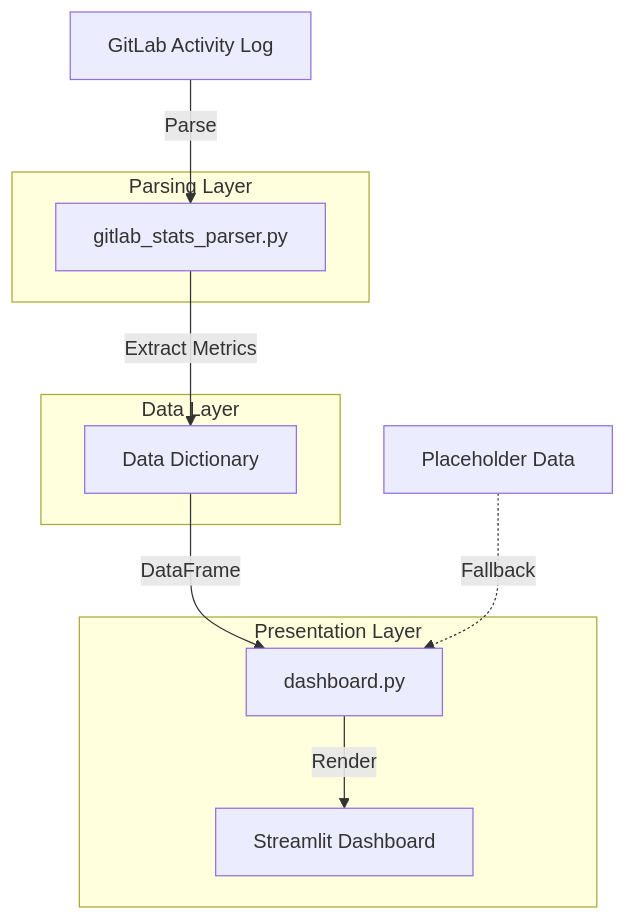
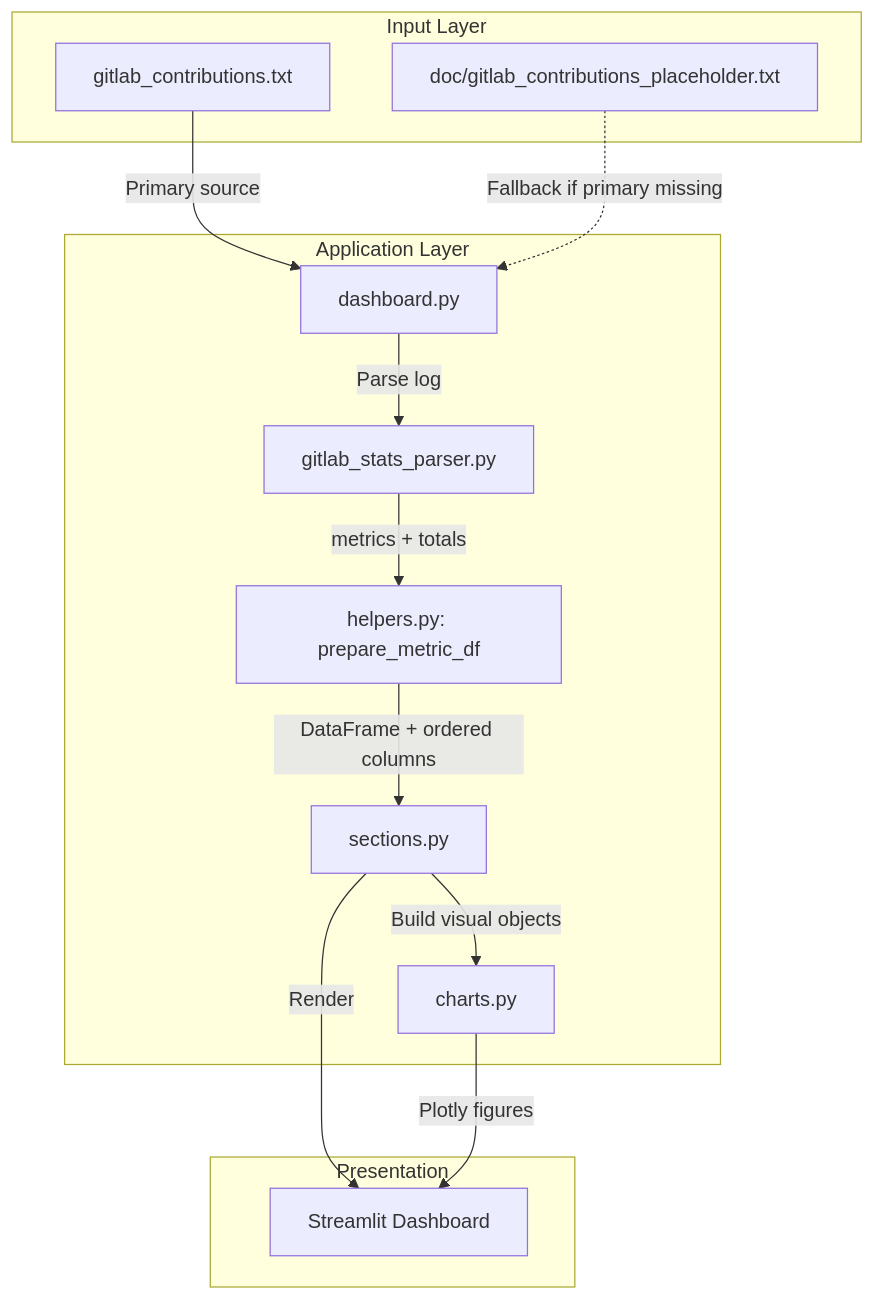
One commit to charlielang02/gitlab_stats changed the diagram in README.md. Above: the diagram before and after it, drawn with Mermaid. The commit also changed other lines of this file, not shown here.

Commit message:
docs: README updates

````diff
--- a/README.md
+++ b/README.md
@@ -55,21 +55,37 @@
 ```mermaid
 graph TB
-    A[GitLab Activity Log] -->|Parse| B[gitlab_stats_parser.py]
-    B -->|Extract Metrics| C[Data Dictionary]
-    C -->|DataFrame| D[dashboard.py]
-    D -->|Render| E[Streamlit Dashboard]
-    F[Placeholder Data] -.->|Fallback| D
+   B[gitlab_contributions.txt]
+   C[doc/gitlab_contributions_placeholder.txt]
+   D[dashboard.py]
+   E[gitlab_stats_parser.py]
+   F[helpers.py: prepare_metric_df]
+   G[sections.py]
+   H[charts.py]
+   I[Streamlit Dashboard]
 
-    subgraph "Parsing Layer"
-        B
+   B -->|Primary source| D
+   C -.->|Fallback if primary missing| D
+   D -->|Parse log| E
+   E -->|metrics + totals| F
+   F -->|DataFrame + ordered columns| G
+   G -->|Build visual objects| H
+   G -->|Render| I
+   H -->|Plotly figures| I
+
+   subgraph "Input Layer"
+      B
+      C
     end
 
-    subgraph "Data Layer"
-        C
+   subgraph "Application Layer"
+      D
+      E
+      F
+      G
+      H
     end
 
-    subgraph "Presentation Layer"
-        D
-        E
+   subgraph "Presentation"
+      I
     end
 ```
````
